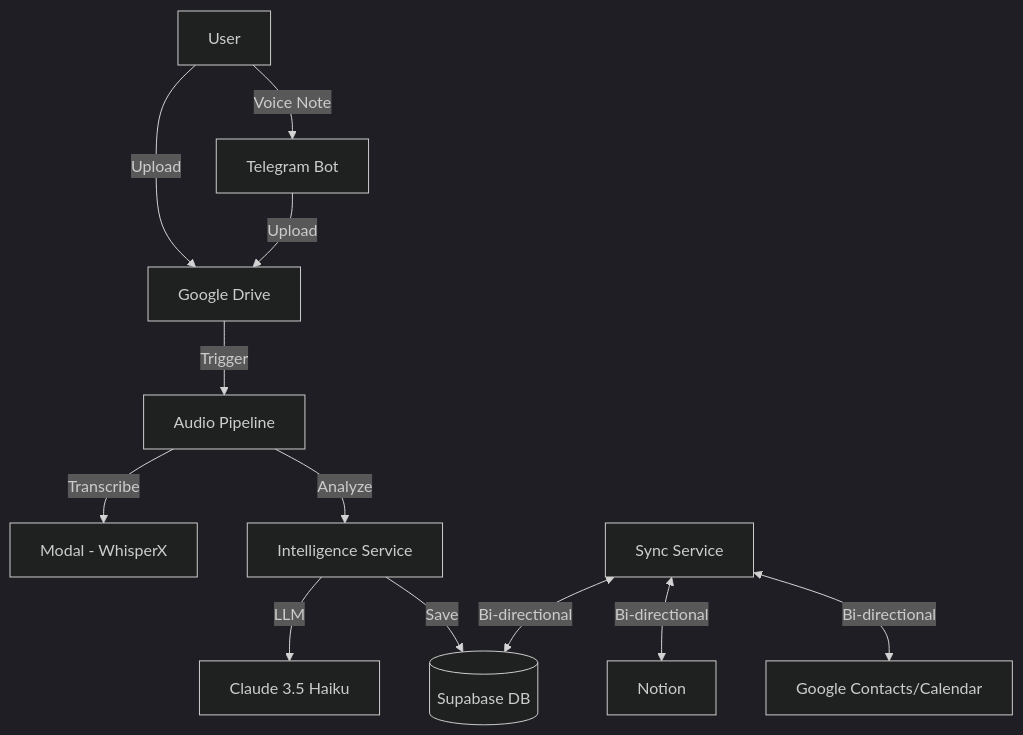
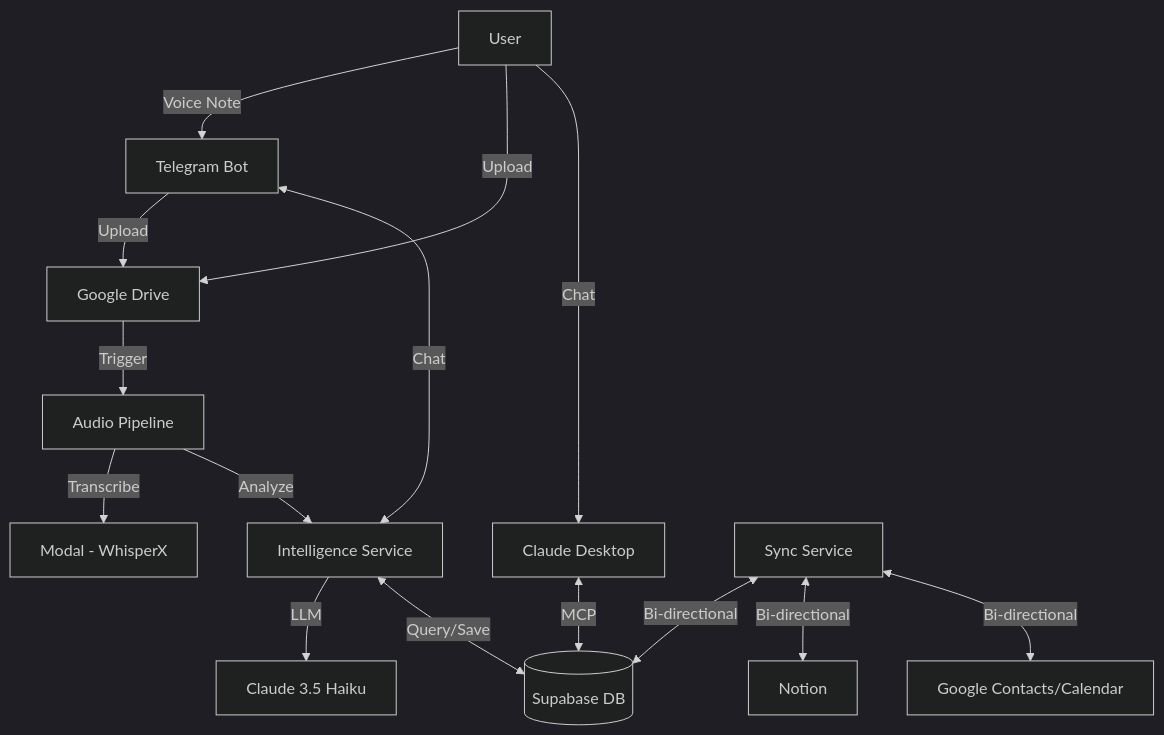
Before and after one commit to JulienMaterno/jarvis-ecosystem: the diagram in README.md, drawn with Mermaid (dark theme).

Commit message:
Add Telegram<->Intelligence chat flow and Claude Desktop to diagram

````diff
--- a/README.md
+++ b/README.md
@@ -78,19 +78,23 @@
 ```mermaid
 graph TD
     User[User] -->|Voice Note| Telegram[Telegram Bot]
     User -->|Upload| Drive[Google Drive]
+    User -->|Chat| ClaudeDesktop[Claude Desktop]
     
     Telegram -->|Upload| Drive
+    Telegram <-->|Chat| Intelligence[Intelligence Service]
     
     Drive -->|Trigger| AudioPipeline[Audio Pipeline]
     
     AudioPipeline -->|Transcribe| Modal[Modal - WhisperX]
-    AudioPipeline -->|Analyze| Intelligence[Intelligence Service]
+    AudioPipeline -->|Analyze| Intelligence
     
     Intelligence -->|LLM| Claude[Claude 3.5 Haiku]
-    Intelligence -->|Save| Supabase[(Supabase DB)]
+    Intelligence <-->|Query/Save| Supabase[(Supabase DB)]
+    
+    ClaudeDesktop <-->|MCP| Supabase
     
     Sync[Sync Service] <-->|Bi-directional| Supabase
     Sync <-->|Bi-directional| Notion[Notion]
     Sync <-->|Bi-directional| Google[Google Contacts/Calendar]
 ```
````
